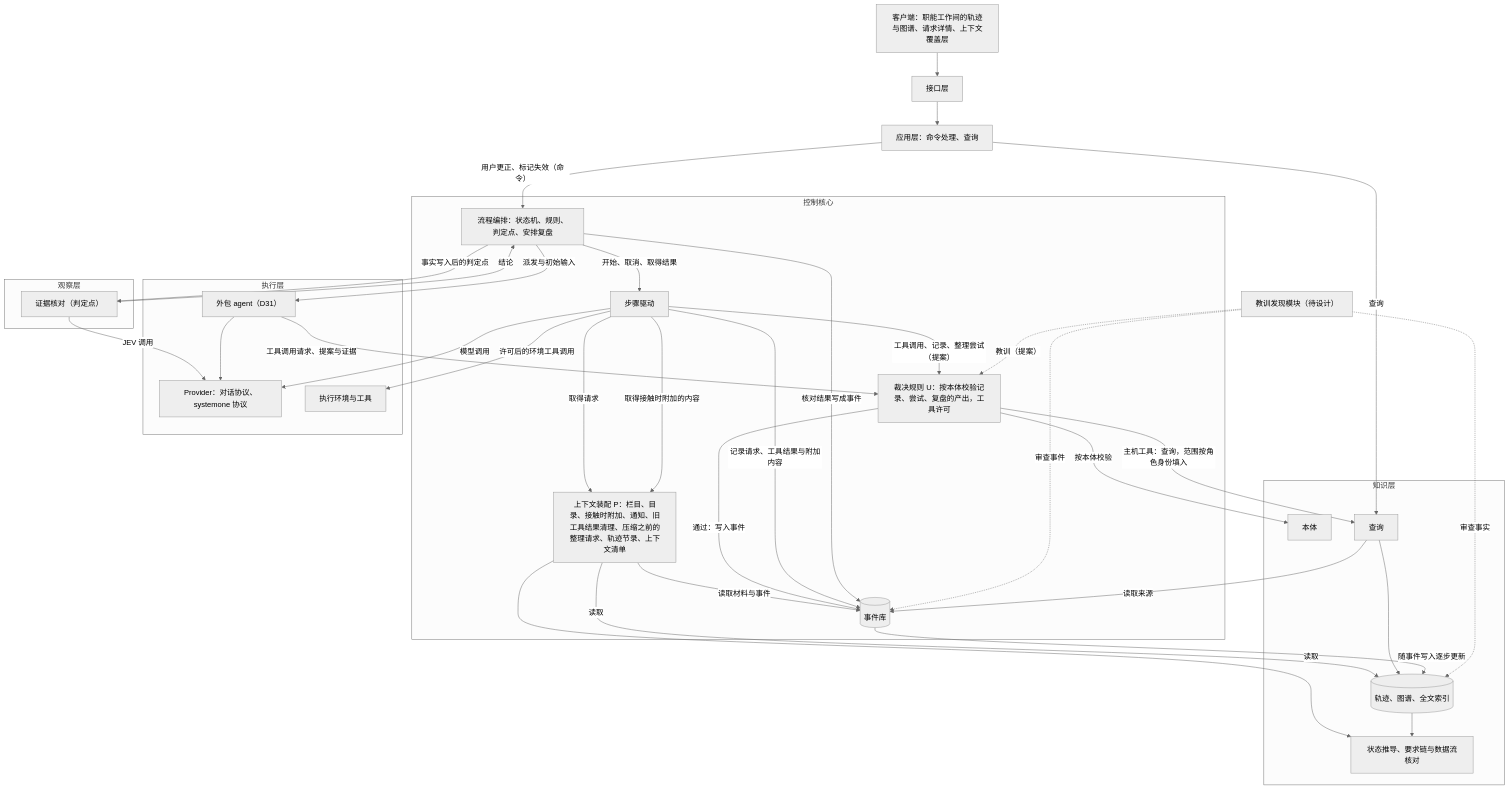
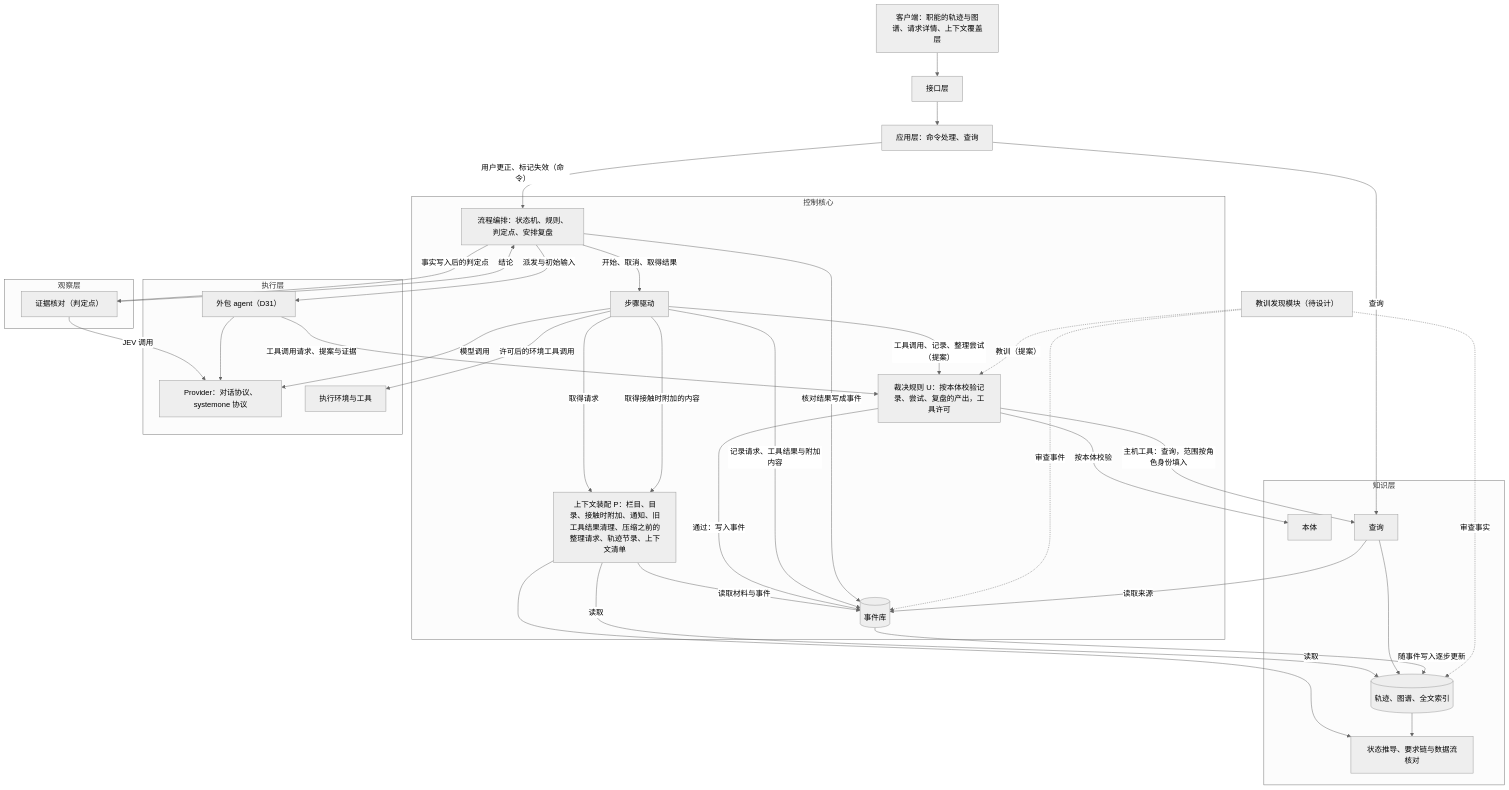
One commit to bender2333/yudao changed the second of 5 diagrams in docs/design/semantic-system.md. Above: the diagram before and after it, drawn with Mermaid (neutral theme). The commit also changed other lines of this file and 5 other files, not shown here.

````diff
--- a/docs/design/semantic-system.md
+++ b/docs/design/semantic-system.md
@@ -92,58 +92,58 @@
 ```mermaid
 flowchart TB
-  Client["客户端：职能工作间的轨迹与图谱、请求详情、上下文覆盖层"]
+  Client["客户端：职能的轨迹与图谱、请求详情、上下文覆盖层"]
   Api["接口层"]
   App["应用层：命令处理、查询"]
   subgraph Core["控制核心"]
     Orch["流程编排：状态机、规则、判定点、安排复盘"]
     Driver["步骤驱动"]
     P["上下文装配 P：栏目、目录、接触时附加、通知、旧工具结果清理、压缩之前的整理请求、轨迹节录、上下文清单"]
     U["裁决规则 U：按本体校验记录、尝试、复盘的产出，工具许可"]
     ES[("事件库")]
   end
   subgraph Know["知识层"]
     Onto["本体"]
     Proj[("轨迹、图谱、全文索引")]
     Derive["状态推导、要求链与数据流核对"]
     Query["查询"]
   end
   subgraph Observe["观察层"]
     Verify["证据核对（判定点）"]
   end
   subgraph Exec["执行层"]
     Prov["Provider：对话协议、systemone 协议"]
     Env["执行环境与工具"]
     Out["外包 agent（D31）"]
   end
   Lesson["教训发现模块（待设计）"]
   Client --> Api --> App
   App -->|"用户更正、标记失效（命令）"| Orch
   App -->|"查询"| Query
   Orch -->|"开始、取消、取得结果"| Driver
   Driver -->|"取得请求"| P
   P -->|"读取"| Proj
   P -->|"读取"| Derive
   P -->|"读取材料与事件"| ES
   Driver -->|"模型调用"| Prov
   Driver -->|"工具调用、记录、整理尝试（提案）"| U
   U -->|"按本体校验"| Onto
   U -->|"通过：写入事件"| ES
   U -->|"主机工具：查询，范围按角色身份填入"| Query
   Driver -->|"许可后的环境工具调用"| Env
   Driver -->|"取得接触时附加的内容"| P
   Driver -->|"记录请求、工具结果与附加内容"| ES
   Query --> Proj
   Query -->|"读取来源"| ES
   ES -->|"随事件写入逐步更新"| Proj
   Proj --> Derive
   Orch -->|"事实写入后的判定点"| Verify
   Verify -->|"JEV 调用"| Prov
   Verify -->|"结论"| Orch
   Orch -->|"核对结果写成事件"| ES
   Orch -->|"派发与初始输入"| Out
   Out -->|"工具调用请求、提案与证据"| U
   Out --> Prov
   Lesson -.->|"审查事件"| ES
   Lesson -.->|"审查事实"| Proj
   Lesson -.->|"教训（提案）"| U
 ```
````
